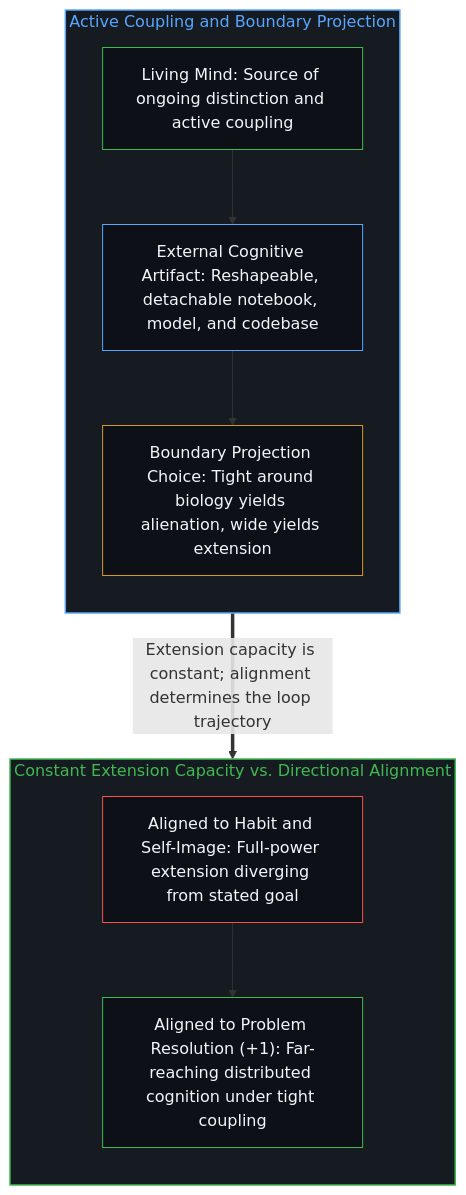
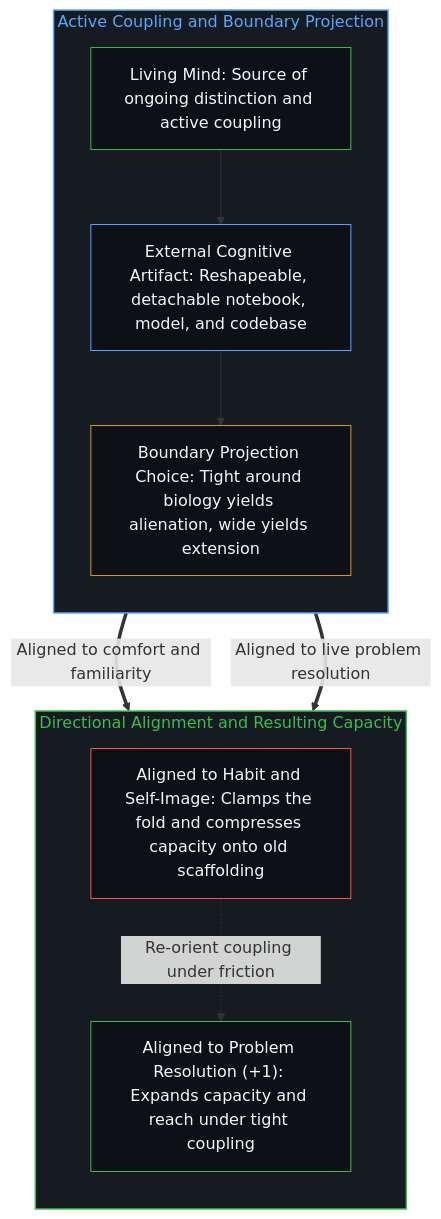
The second of 2 diagrams in content/posts/extended-cognition-refined.md (powerpig99/not-a-toe), drawn with Mermaid before and after one commit. The commit also changed other lines of this file and 3 other files, not shown here.

Commit message:
Consolidate Deep Sleep Batch 10: power-law-is-the-long-term-consequence-of-normal-distribution, agency-and-the-pattern, extended-cognition-refined

````diff
--- a/content/posts/extended-cognition-refined.md
+++ b/content/posts/extended-cognition-refined.md
@@ -44,24 +45,25 @@
 ```mermaid
 flowchart TD
     subgraph S_Coupling["Active Coupling and Boundary Projection"]
         direction TB
         Mind["Living Mind: Source of ongoing distinction and active coupling"]
         Tool["External Cognitive Artifact: Reshapeable, detachable notebook, model, and codebase"]
         Bound["Boundary Projection Choice: Tight around biology yields alienation, wide yields extension"]
         Mind --> Tool --> Bound
     end
-    subgraph S_Align["Constant Extension Capacity vs. Directional Alignment"]
+    subgraph S_Align["Directional Alignment and Resulting Capacity"]
         direction TB
-        Comfort["Aligned to Habit and Self-Image: Full-power extension diverging from stated goal"]
-        Target["Aligned to Problem Resolution (+1): Far-reaching distributed cognition under tight coupling"]
-        Comfort --> Target
+        Comfort["Aligned to Habit and Self-Image: Clamps the fold and compresses capacity onto old scaffolding"]
+        Target["Aligned to Problem Resolution (+1): Expands capacity and reach under tight coupling"]
+        Comfort -.->|"Re-orient coupling under friction"| Target
     end
-    Bound ==>|"Extension capacity is constant; alignment determines the loop trajectory"| Comfort
+    Bound ==>|"Aligned to comfort and familiarity"| Comfort
+    Bound ==>|"Aligned to live problem resolution"| Target
     style S_Coupling fill:#161b22,stroke:#58a6ff,stroke-width:1.5px,color:#58a6ff
     style S_Align fill:#161b22,stroke:#3fb950,stroke-width:1.5px,color:#3fb950
     style Mind fill:#0d1117,stroke:#3fb950,stroke-width:1px,color:#f0f6fc
     style Tool fill:#0d1117,stroke:#58a6ff,stroke-width:1px,color:#f0f6fc
     style Bound fill:#0d1117,stroke:#d29922,stroke-width:1px,color:#f0f6fc
     style Comfort fill:#0d1117,stroke:#f85149,stroke-width:1px,color:#f0f6fc
     style Target fill:#0d1117,stroke:#3fb950,stroke-width:1px,color:#f0f6fc
 ```
````
